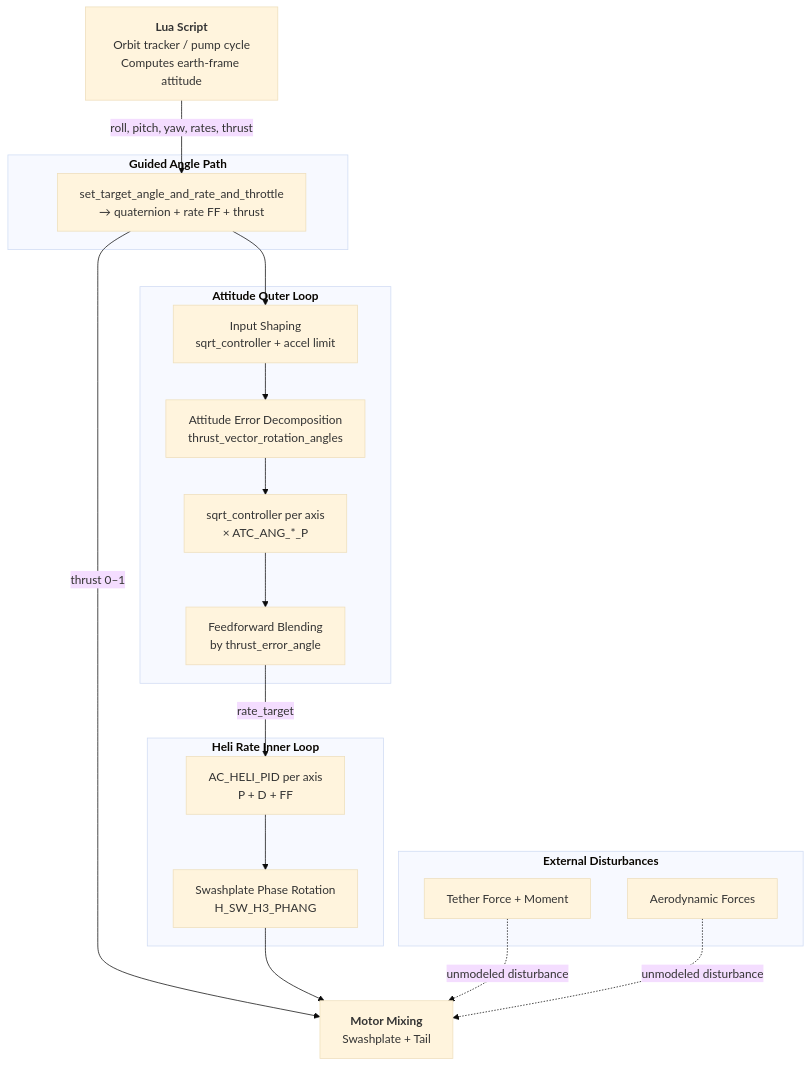
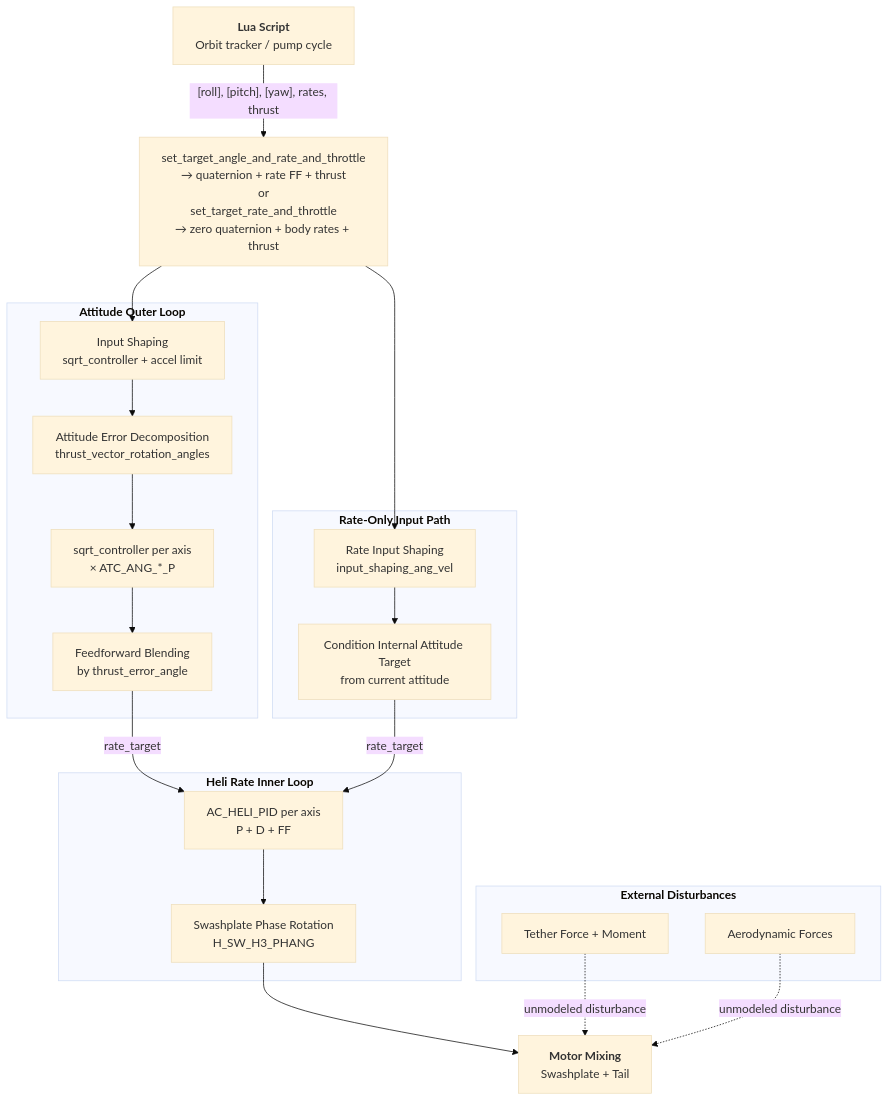
Before and after one commit to mcroomp/windpower: the third of 3 diagrams in design/GUIDED_CONTROL_LOOPS.md, drawn with Mermaid (base theme). The commit also changed other lines of this file and 79 other files, not shown here.

````diff
--- a/design/GUIDED_CONTROL_LOOPS.md
+++ b/design/GUIDED_CONTROL_LOOPS.md
@@ -542,40 +614,44 @@
 ```mermaid
 graph TD
-    LUA["<b>Lua Script</b><br/>Orbit tracker / pump cycle<br/>Computes earth-frame attitude"]
+    LUA["<b>Lua Script</b><br/>Orbit tracker / pump cycle"]
 
-    LUA -->|"roll, pitch, yaw, rates, thrust"| ANGLE
+    LUA -->|"[roll], [pitch], [yaw], rates, thrust"| ANGLE
 
-    subgraph "<b>Guided Angle Path</b>"
-        ANGLE["set_target_angle_and_rate_and_throttle<br/>→ quaternion + rate FF + thrust"]
-    end
-
-    ANGLE --> SHAPE
-    ANGLE -->|"thrust 0–1"| MIX
+    ANGLE["set_target_angle_and_rate_and_throttle<br/>→ quaternion + rate FF + thrust<br>or<br>set_target_rate_and_throttle<br/>→ zero quaternion + body rates + thrust"] --> SHAPE
+    ANGLE --> RATE_SHAPE
 
     subgraph "<b>Attitude Outer Loop</b>"
         SHAPE["Input Shaping<br/>sqrt_controller + accel limit"]
         QUAT["Attitude Error Decomposition<br/>thrust_vector_rotation_angles"]
         SQRT["sqrt_controller per axis<br/>× ATC_ANG_*_P"]
         FFBLEND["Feedforward Blending<br/>by thrust_error_angle"]
         SHAPE --> QUAT --> SQRT --> FFBLEND
     end
 
     FFBLEND -->|"rate_target"| RATE
+
+    subgraph "<b>Rate-Only Input Path</b>"
+        RATE_SHAPE["Rate Input Shaping<br/>input_shaping_ang_vel"]
+        RATE_COND["Condition Internal Attitude Target<br/>from current attitude"]
+        RATE_SHAPE --> RATE_COND
+    end
+
+    RATE_COND -->|"rate_target"| RATE
 
     subgraph "<b>Heli Rate Inner Loop</b>"
         RATE["AC_HELI_PID per axis<br/>P + D + FF"]
         SWASH["Swashplate Phase Rotation<br/>H_SW_H3_PHANG"]
         RATE --> SWASH
     end
 
     SWASH --> MIX["<b>Motor Mixing</b><br/>Swashplate + Tail"]
     MIX
 
     subgraph "<b>External Disturbances</b>"
         TETHER["Tether Force + Moment"]
         WIND["Aerodynamic Forces"]
     end
 
     TETHER -.->|"unmodeled disturbance"| MIX
     WIND -.->|"unmodeled disturbance"| MIX
 ```
````
